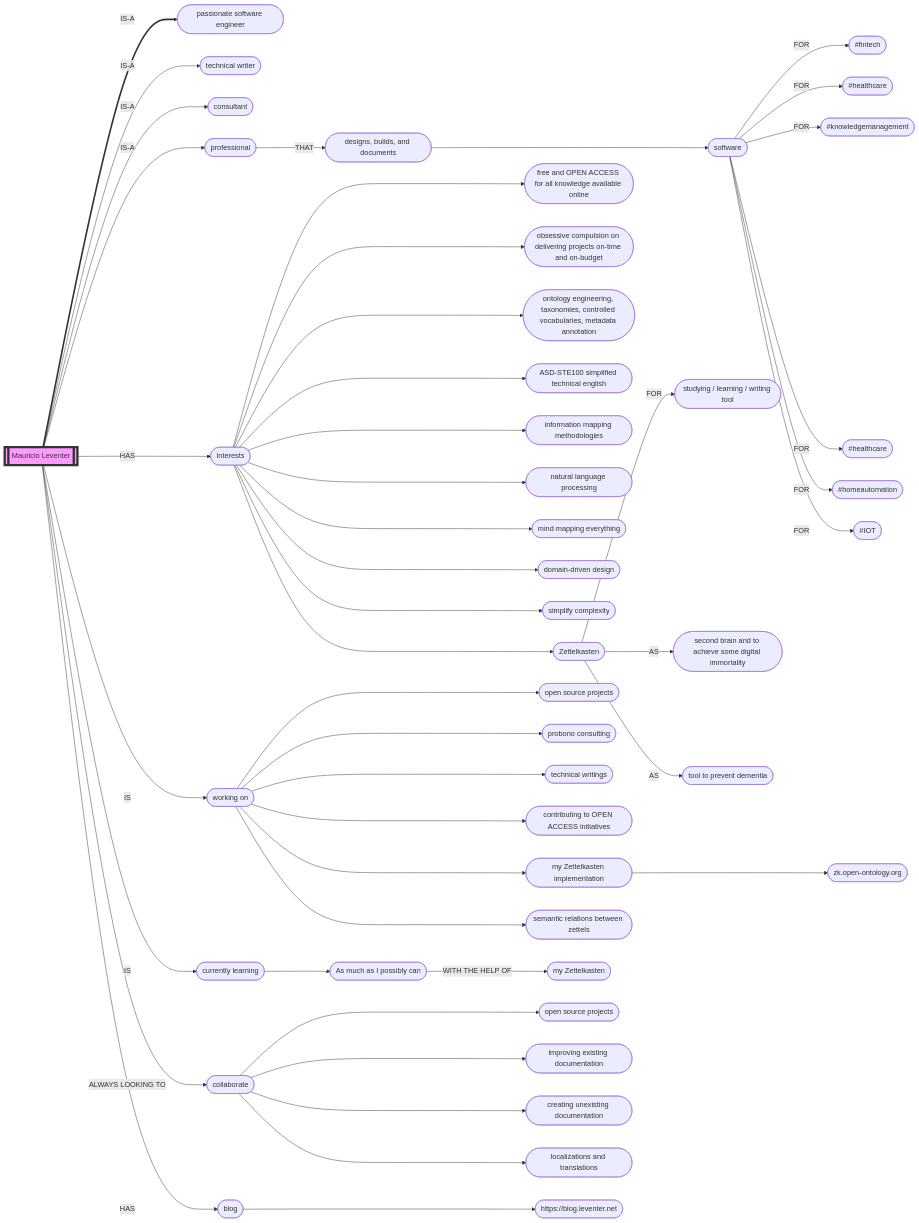
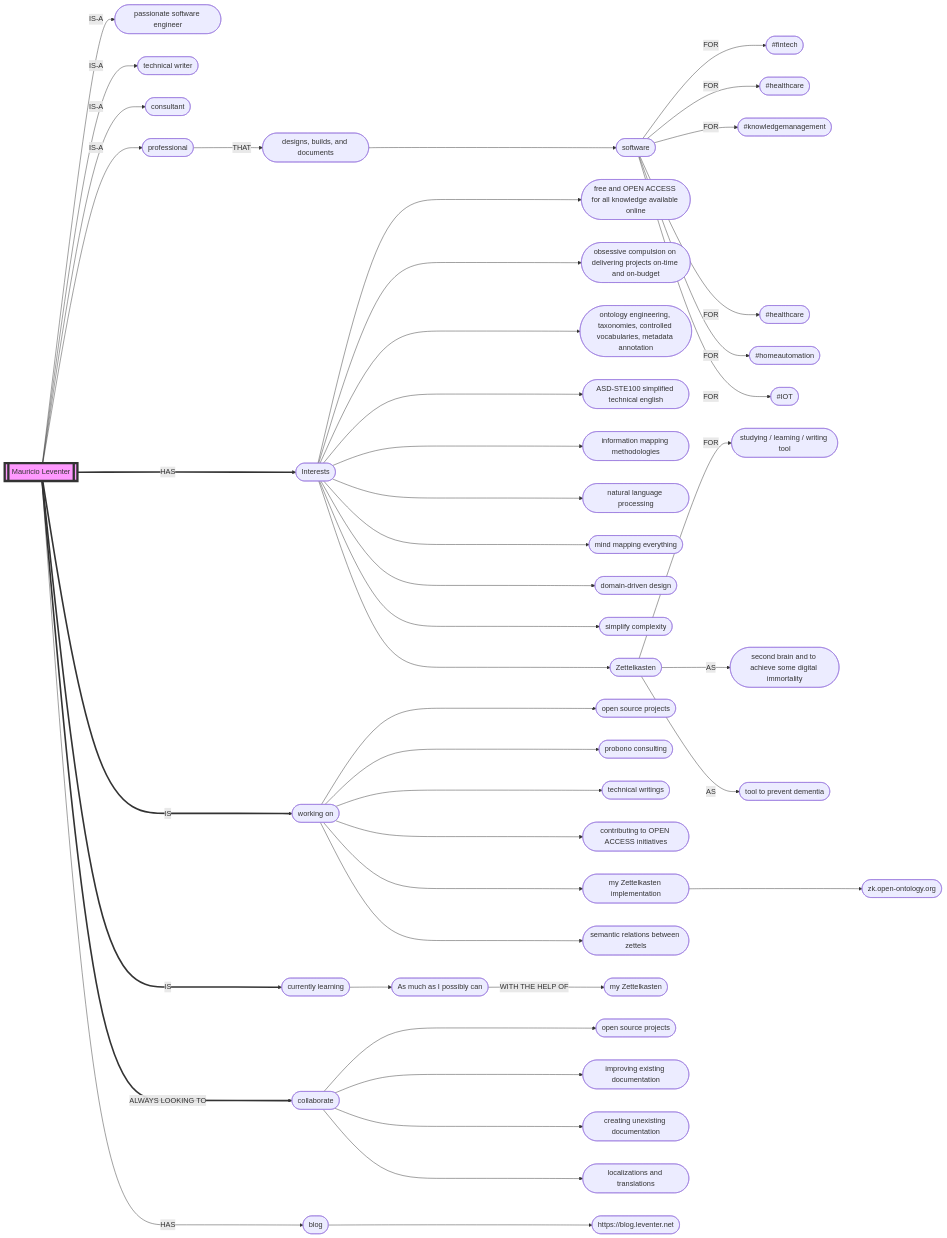
Before and after one commit to mleventer/mleventer: the diagram in README.md, drawn with Mermaid.

````diff
--- a/README.md
+++ b/README.md
@@ -4,48 +4,48 @@
 ```mermaid
 flowchart LR
-    A[[Mauricio Leventer]] ==>|IS-A| A2([passionate software engineer])
+    A[[Mauricio Leventer]] -->|IS-A| A2([passionate software engineer])
     A -->|IS-A| A3([technical writer])
     A -->|IS-A| A4([consultant])
     A -->|IS-A| AA([professional])
     AA -->|THAT| A5([designs, builds, and documents])
     A5 ---> A6([software])
     A6 -->|FOR| A7([#fintech])
     A6 -->|FOR| A8([#healthcare])
     A6 -->|FOR| A9([#knowledgemanagement])
     A6 -->|FOR| A10([#healthcare])
     A6 -->|FOR| A11([#homeautomation])
     A6 -->|FOR| A12([#IOT])    
-    A -->|HAS| B([Interests])
+    A ===>|HAS| B([Interests])
     B ---> I1([free and OPEN ACCESS for all knowledge available online])
     B ---> I2([obsessive compulsion on delivering projects on-time and on-budget])
     B ---> I3([ontology engineering, taxonomies, controlled vocabularies, metadata annotation])
     B ---> I4([ASD-STE100 simplified technical english])
     B ---> I5([information mapping methodologies])
     B ---> I6([natural language processing])
     B ---> I7([mind mapping everything]) 
     B ---> I8([domain-driven design]) 
     B ---> I9([simplify complexity]) 
     B ---> J([Zettelkasten])
     J -->|FOR| J1([studying / learning / writing tool]) 
     J -->|AS| J2([second brain and to achieve some digital immortality]) 
     J -->|AS| J3([tool to prevent dementia])
-    A -->|IS| C([working on])
+    A ===>|IS| C([working on])
     C ---> C1([open source projects])
     C ---> C2([probono consulting])
     C ---> C3([technical writings])
     C ---> C4([contributing to OPEN ACCESS initiatives])
     C ---> H([my Zettelkasten implementation])
     H ---> H1([zk.open-ontology.org])
     C ---> H2([semantic relations between zettels])
-    A -->|IS| D([currently learning])
+    A ===>|IS| D([currently learning])
     D --> D1([As much as I possibly can])
     D1 -->|WITH THE HELP OF| D2([my Zettelkasten])
-    A -->|ALWAYS LOOKING TO|E([collaborate])
+    A ===>|ALWAYS LOOKING TO|E([collaborate])
     E ---> E1([open source projects])
     E ---> E2([improving existing documentation])
     E ---> E3([creating unexisting documentation])
     E ---> E4([localizations and translations])
-    A -->|HAS| F([blog])
+    A --->|HAS| F([blog])
     F ---> F1([https://blog.leventer.net])
     style A fill:#f9f,stroke:#333,stroke-width:5px
 ```
````
